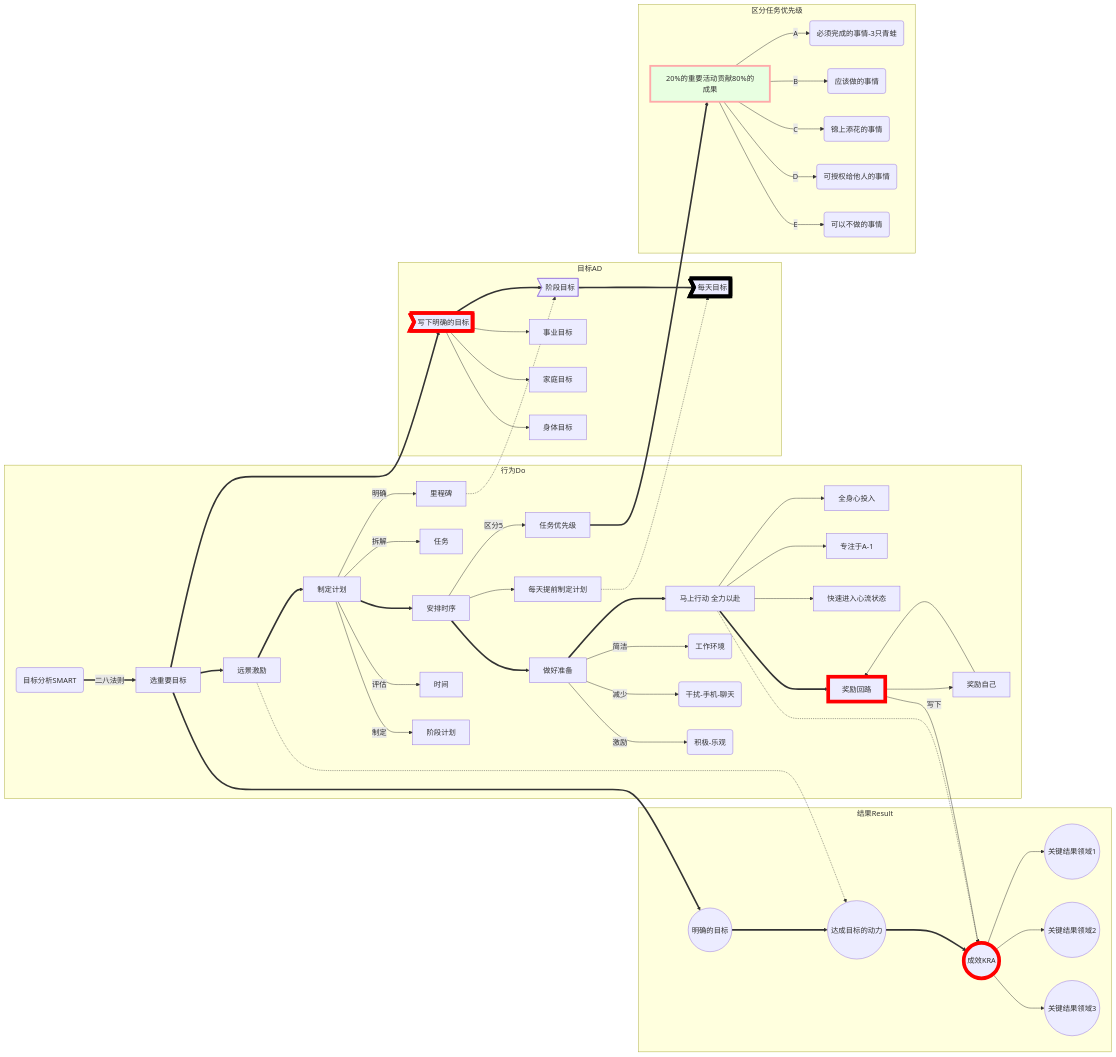
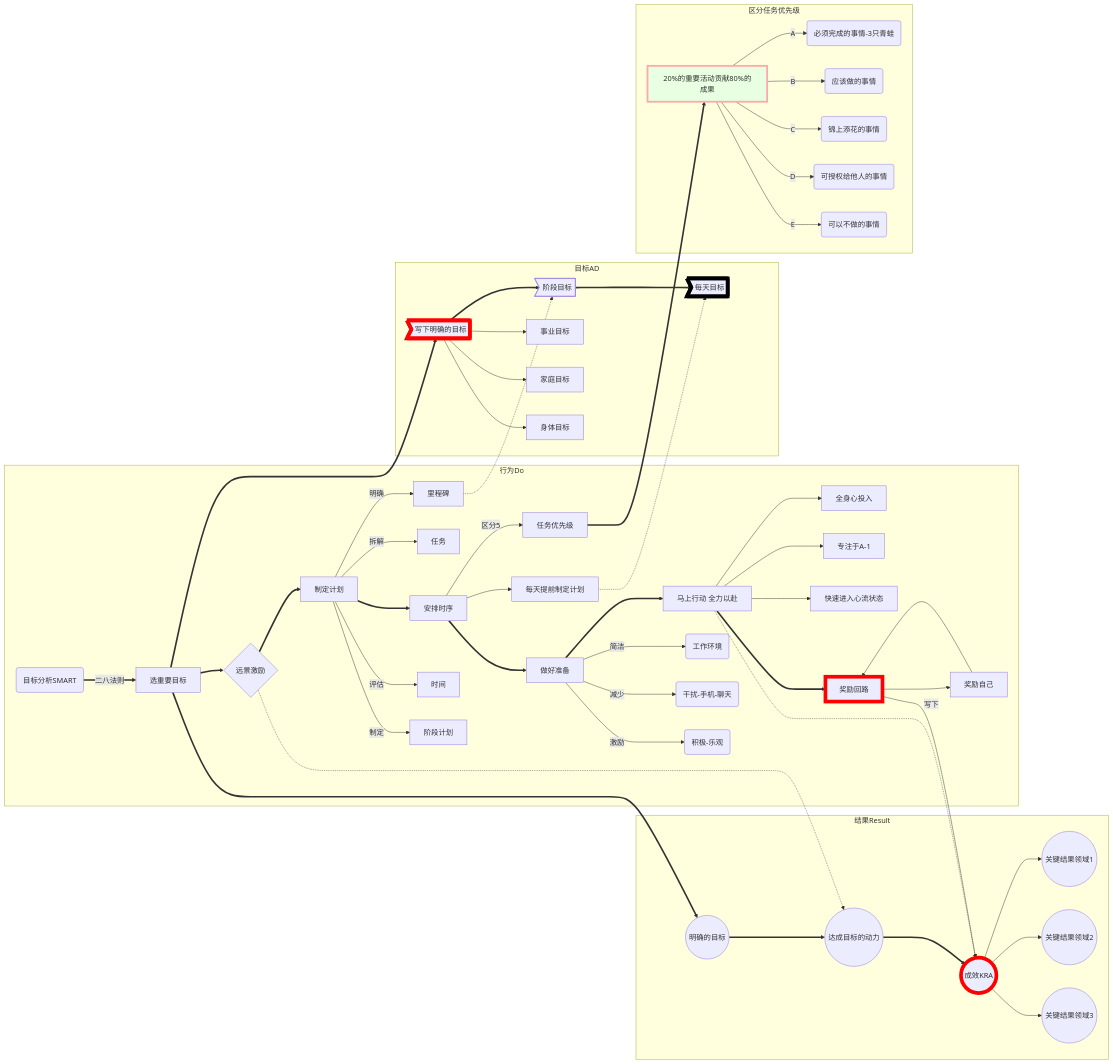
Before and after one commit to wxyClark/wxyClark.note: the diagram in Tao/frog.md, drawn with Mermaid. The commit also changed other lines of this file, not shown here.

````diff
--- a/Tao/frog.md
+++ b/Tao/frog.md
@@ -26,20 +27,12 @@
 ```mermaid
-
 graph LR
     D2==>R1
     D2==>A1
-
     D3-.->R2
-
     D42-.->A2
-
     D52-.->A3
-
     D7-.->R3
-
     D51==>O1
-
-
 
     subgraph 结果Result
 
@@ -55,7 +48,7 @@
     subgraph 行为Do
 
         D1(目标分析SMART)==二八法则==>D2[选重要目标]
-        D2==>D3[远景激励]
+        D2==>D3{远景激励}
 
         D3==>D4[制定计划]
             D4--拆解-->D41[任务]
@@ -103,13 +96,10 @@
         O1--E-->O15(可以不做的事情)
     end
 
-    
     style A1 stroke:#F00,stroke-width:8px;  
     style D8 stroke:#F00,stroke-width:8px; 
     style R3 stroke:#F00,stroke-width:8px;  
 
     style O1 fill:#2ff,fill-opacity:0.1,stroke:#faa,stroke-width:4px
     style A3 stroke:#000,stroke-width:8px;
-    
-    
 ```
````
